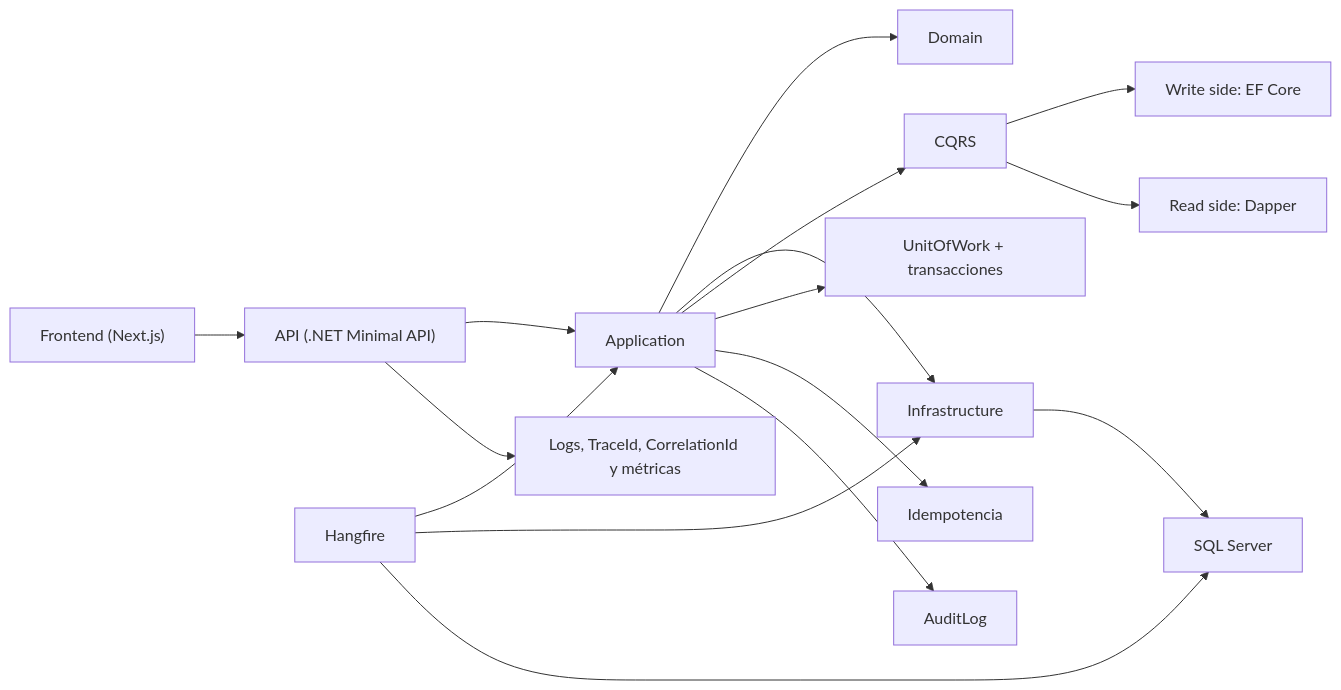
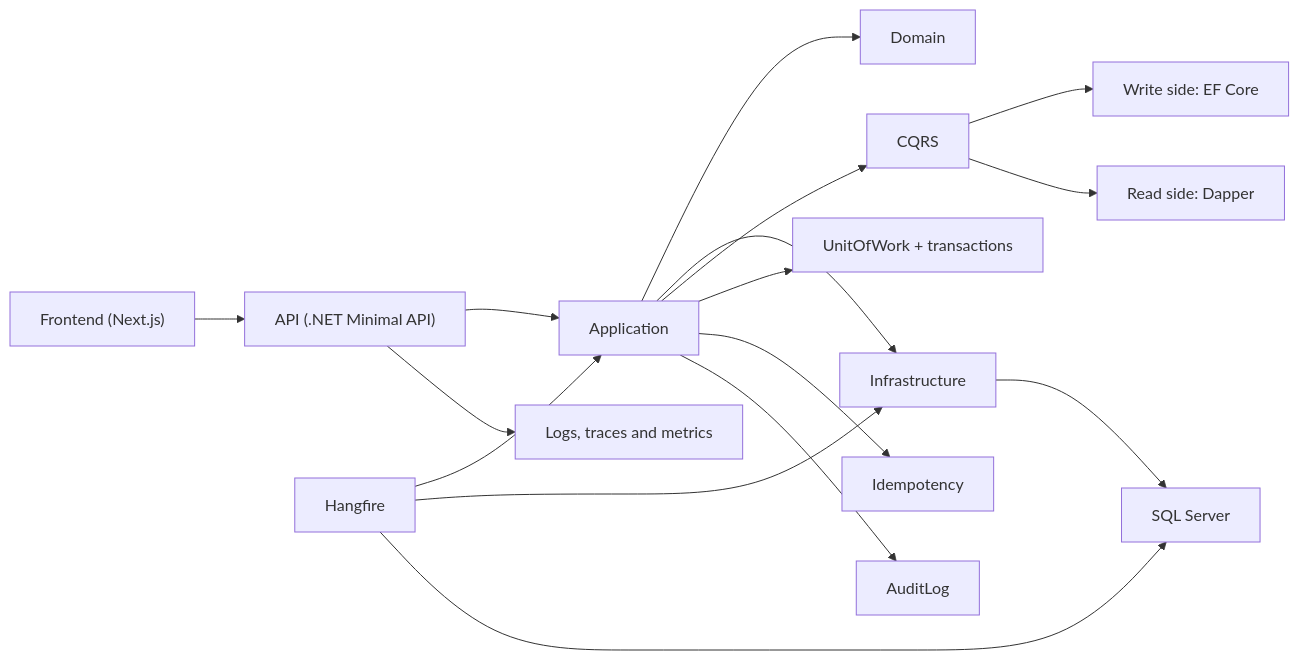
The first of 2 diagrams in README.md (JuanGallard0/HotelBookingPlatform), drawn with Mermaid before and after one commit. The commit also changed other lines of this file and 4 other files, not shown here.

````diff
--- a/README.md
+++ b/README.md
@@ -65,18 +82,18 @@
 ```mermaid
 flowchart LR
     FE["Frontend (Next.js)"] --> API["API (.NET Minimal API)"]
     API --> APP["Application"]
     APP --> DOM["Domain"]
     APP --> INF["Infrastructure"]
     INF --> SQL["SQL Server"]
-    API --> OBS["Logs, TraceId, CorrelationId y métricas"]
     APP --> CQRS["CQRS"]
     CQRS --> WR["Write side: EF Core"]
     CQRS --> RD["Read side: Dapper"]
-    APP --> UOW["UnitOfWork + transacciones"]
-    APP --> IDP["Idempotencia"]
+    APP --> UOW["UnitOfWork + transactions"]
+    APP --> IDP["Idempotency"]
     APP --> AUD["AuditLog"]
+    API --> OBS["Logs, traces and metrics"]
     HF["Hangfire"] --> APP
     HF --> INF
     HF --> SQL
 ```
````
